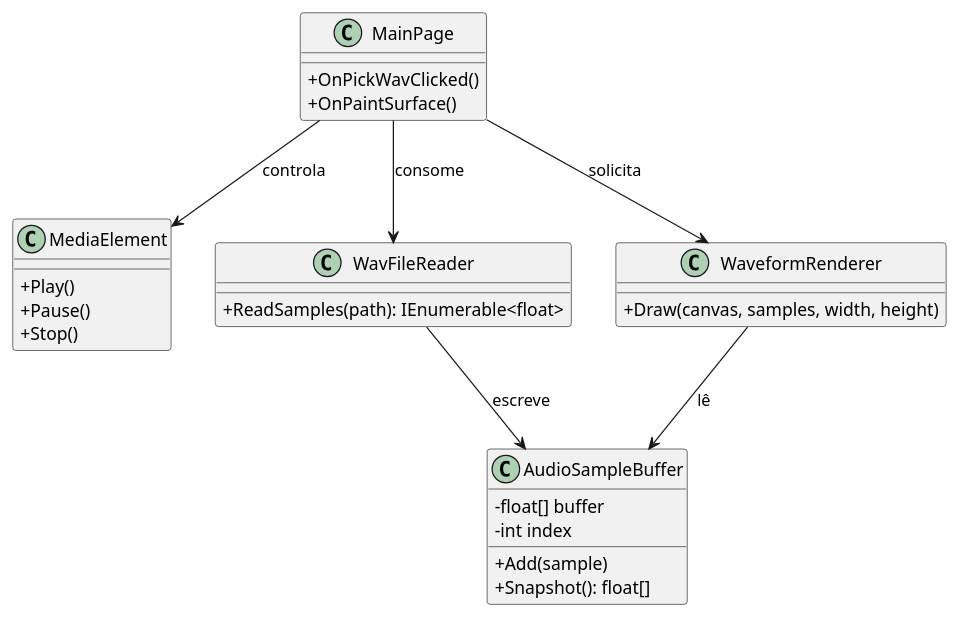
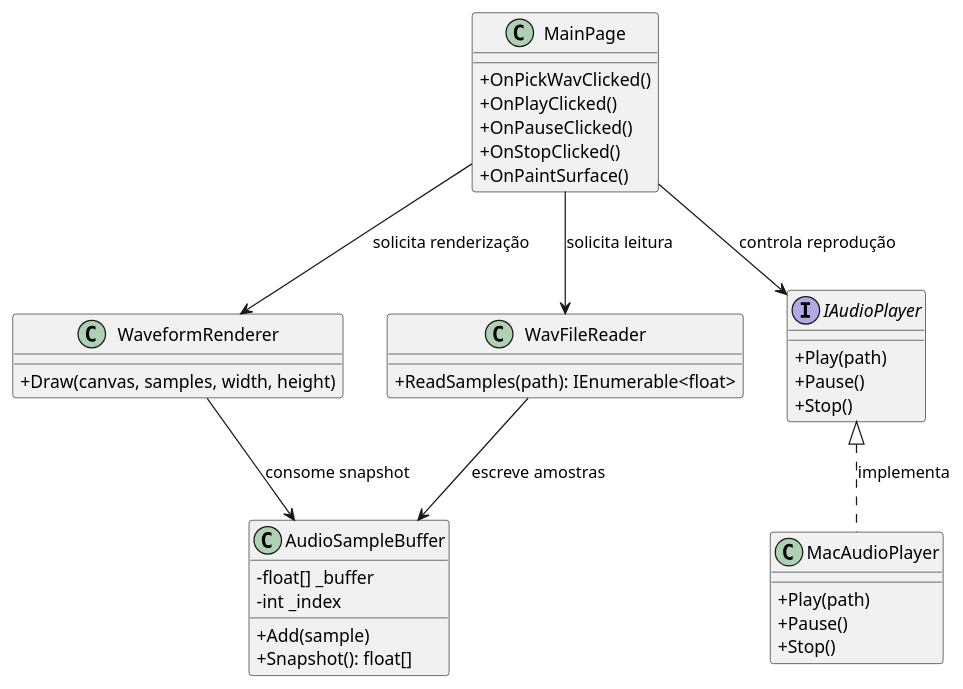
Before and after one commit to danieldantasdev/music-wave-visualizer_maui-crossplatform_dotnet-10-csharp-14: the diagram in analyses/diagrams/c4-models/c4.puml, drawn with PlantUML. The commit also changed 1 other file, not shown here.

Commit message:
feat: enhance C4 model with audio player interface and waveform rendering updates

```diff
--- a/analyses/diagrams/c4-models/c4.puml
+++ b/analyses/diagrams/c4-models/c4.puml
@@ -1,36 +1,49 @@
 @startuml C4_Code
 skinparam classAttributeIconSize 0
 
+
 class MainPage {
     +OnPickWavClicked()
+    +OnPlayClicked()
+    +OnPauseClicked()
+    +OnStopClicked()
     +OnPaintSurface()
 }
 
-class MediaElement {
-    +Play()
+class WaveformRenderer {
+    +Draw(canvas, samples, width, height)
+}
+
+interface IAudioPlayer {
+    +Play(path)
+    +Pause()
+    +Stop()
+}
+
+class MacAudioPlayer {
+    +Play(path)
     +Pause()
     +Stop()
 }
 
 class WavFileReader {
     +ReadSamples(path): IEnumerable<float>
 }
 
 class AudioSampleBuffer {
-    -float[] buffer
-    -int index
+    -float[] _buffer
+    -int _index
     +Add(sample)
     +Snapshot(): float[]
 }
 
-class WaveformRenderer {
-    +Draw(canvas, samples, width, height)
-}
+MainPage --> IAudioPlayer : controla reprodução
+IAudioPlayer <|.. MacAudioPlayer : implementa
 
-MainPage --> MediaElement : controla
-MainPage --> WavFileReader : consome
-WavFileReader --> AudioSampleBuffer : escreve
-MainPage --> WaveformRenderer : solicita
-WaveformRenderer --> AudioSampleBuffer : lê
+MainPage --> WavFileReader : solicita leitura
+WavFileReader --> AudioSampleBuffer : escreve amostras
+
+MainPage --> WaveformRenderer : solicita renderização
+WaveformRenderer --> AudioSampleBuffer : consome snapshot
 
 @enduml
```
